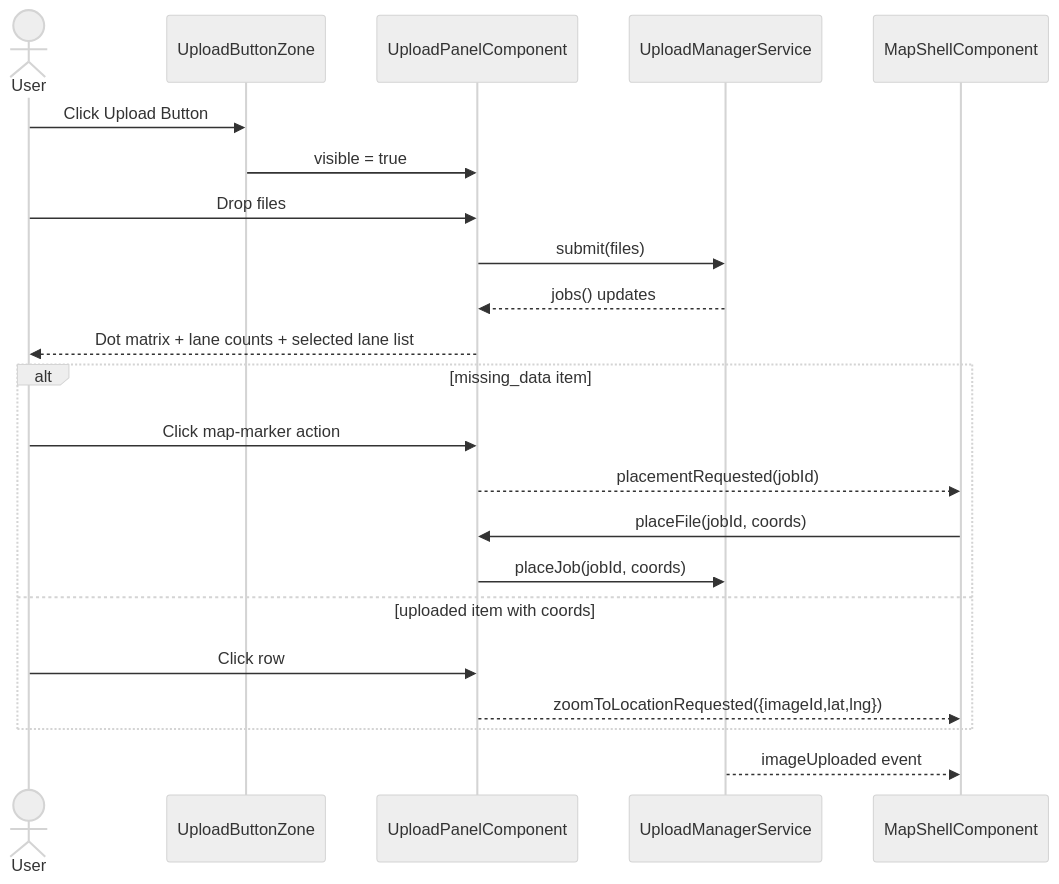
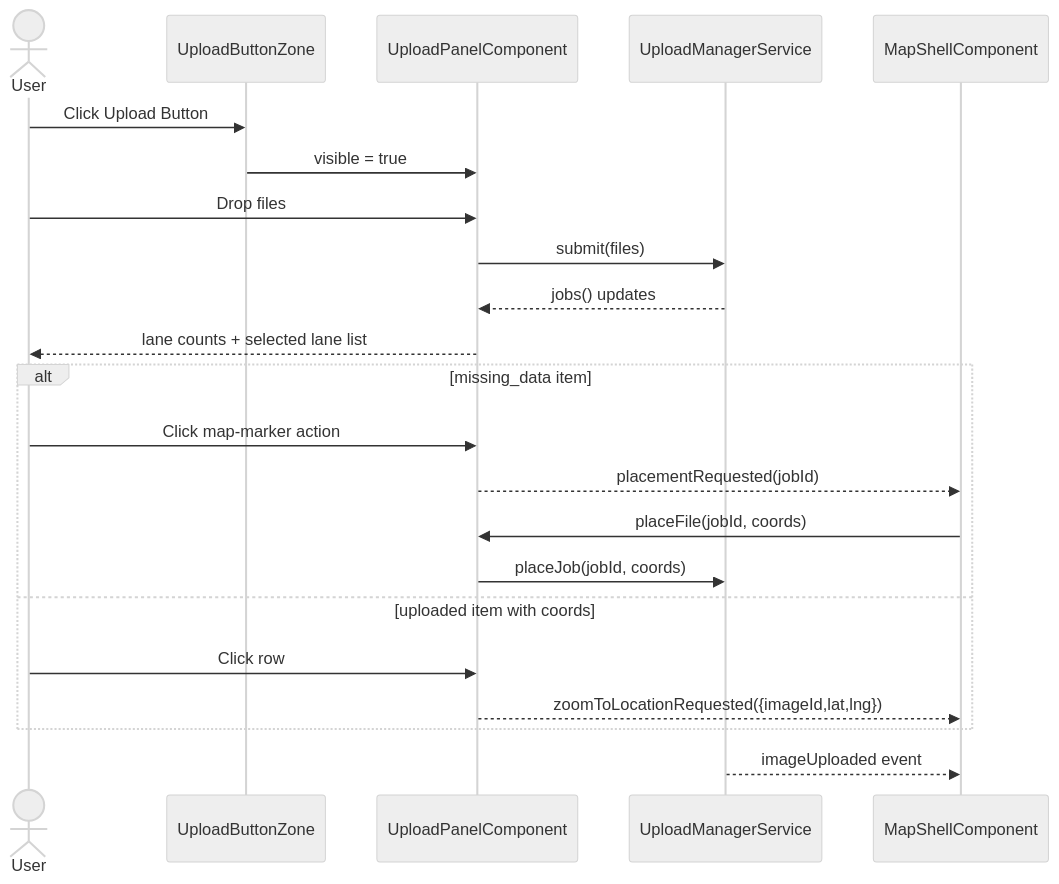
One commit to matkleve/feldpost changed the sixth of 6 diagrams in docs/element-specs/upload-panel.md. Above: the diagram before and after it, drawn with Mermaid (neutral theme). The commit also changed other lines of this file and 22 other files, not shown here.

````diff
--- a/docs/element-specs/upload-panel.md
+++ b/docs/element-specs/upload-panel.md
@@ -272,25 +351,25 @@
 ```mermaid
 sequenceDiagram
   actor User
   participant Zone as UploadButtonZone
   participant Panel as UploadPanelComponent
   participant Manager as UploadManagerService
   participant Map as MapShellComponent
 
   User->>Zone: Click Upload Button
   Zone->>Panel: visible = true
   User->>Panel: Drop files
   Panel->>Manager: submit(files)
   Manager-->>Panel: jobs() updates
-  Panel-->>User: Dot matrix + lane counts + selected lane list
+  Panel-->>User: lane counts + selected lane list
   alt missing_data item
     User->>Panel: Click map-marker action
     Panel-->>Map: placementRequested(jobId)
     Map->>Panel: placeFile(jobId, coords)
     Panel->>Manager: placeJob(jobId, coords)
   else uploaded item with coords
     User->>Panel: Click row
     Panel-->>Map: zoomToLocationRequested({imageId,lat,lng})
   end
   Manager-->>Map: imageUploaded event
 ```
````
